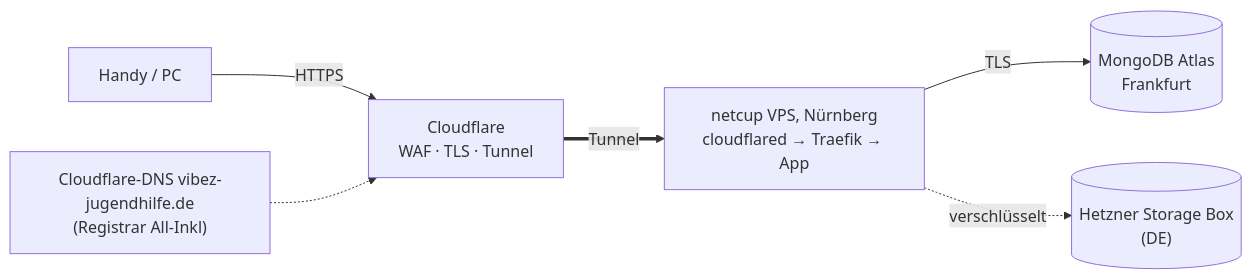
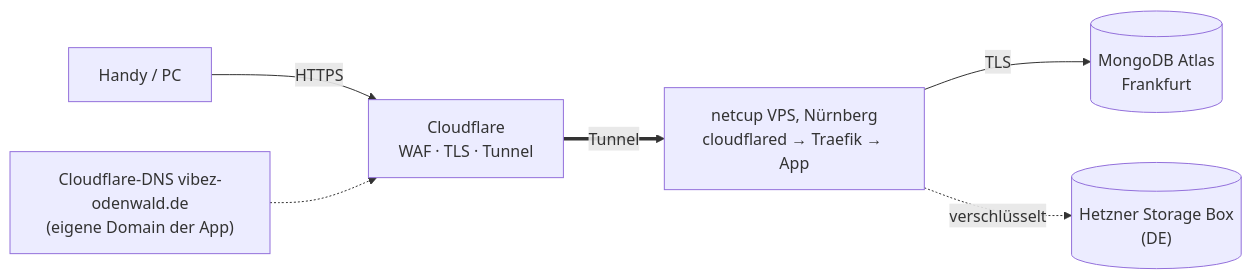
Before and after one commit to mbay-ODW/vibez-betrieb: the diagram in README.md, drawn with Mermaid. The commit also changed other lines of this file and 9 other files, not shown here.

First line of the commit message:
Eigene Domain vibez-odenwald.de für die App (DNS bei Cloudflare)

````diff
--- a/README.md
+++ b/README.md
@@ -12,8 +12,8 @@
 ```mermaid
 flowchart LR
     U["Handy / PC"] -- HTTPS --> CF["Cloudflare<br/>WAF · TLS · Tunnel"]
-    DNS["Cloudflare-DNS vibez-jugendhilfe.de<br/>(Registrar All-Inkl)"] -.-> CF
+    DNS["Cloudflare-DNS vibez-odenwald.de<br/>(eigene Domain der App)"] -.-> CF
     CF == Tunnel ==> VPS["netcup VPS, Nürnberg<br/>cloudflared → Traefik → App"]
     VPS -- TLS --> DB[("MongoDB Atlas<br/>Frankfurt")]
     VPS -. "verschlüsselt" .-> SB[("Hetzner Storage Box<br/>(DE)")]
 ```
````
